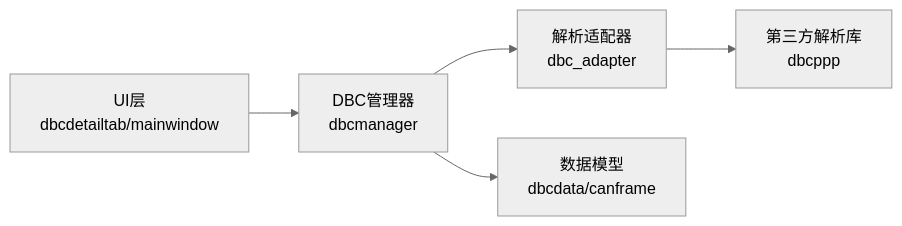
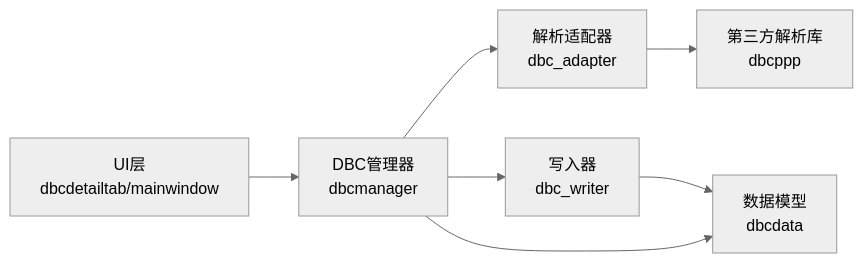
Before and after one commit to jakecai1225-design/OpenBus: the eighth of 8 diagrams in .qoder/repowiki/zh/content/核心模块详解/DBC文件支持/DBC文件支持.md, drawn with Mermaid (neutral theme). The commit also changed other lines of this file and 38 other files, not shown here.

````diff
--- a/.qoder/repowiki/zh/content/核心模块详解/DBC文件支持/DBC文件支持.md
+++ b/.qoder/repowiki/zh/content/核心模块详解/DBC文件支持/DBC文件支持.md
@@ -275,7 +362,9 @@
 ```mermaid
 graph LR
 UI["UI层<br/>dbcdetailtab/mainwindow"] --> MGR["DBC管理器<br/>dbcmanager"]
 MGR --> ADP["解析适配器<br/>dbc_adapter"]
+MGR --> WRT["写入器<br/>dbc_writer"]
 ADP --> LIB["第三方解析库<br/>dbcppp"]
-MGR --> MODEL["数据模型<br/>dbcdata/canframe"]
+WRT --> MODEL["数据模型<br/>dbcdata"]
+MGR --> MODEL
 ```
````
